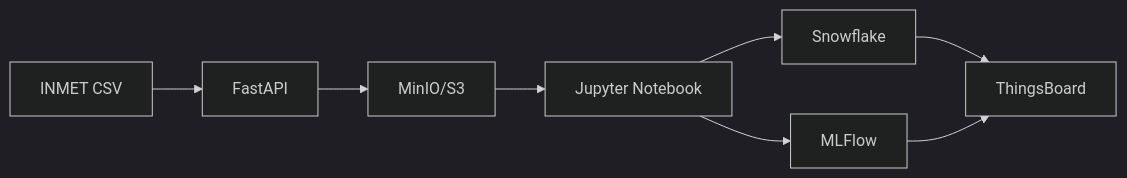
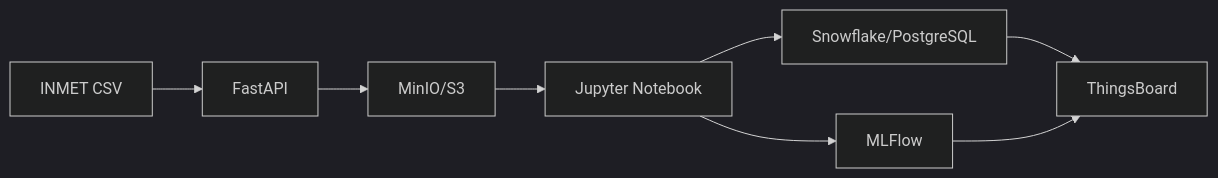
One commit to aguiarth/AVD-projeto changed the diagram in README.md. Above: the diagram before and after it, drawn with Mermaid (dark theme). The commit also changed other lines of this file, not shown here.

````diff
--- a/README.md
+++ b/README.md
@@ -62,10 +85,10 @@
 ```mermaid
 graph LR
     A[INMET CSV] --> B[FastAPI]
     B --> C[MinIO/S3]
     C --> D[Jupyter Notebook]
-    D --> E[Snowflake]
+    D --> E[Snowflake/PostgreSQL]
     D --> F[MLFlow]
     E --> G[ThingsBoard]
     F --> G
 ```
````
